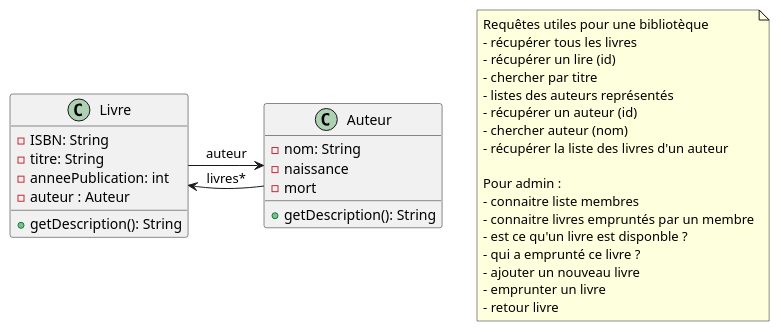
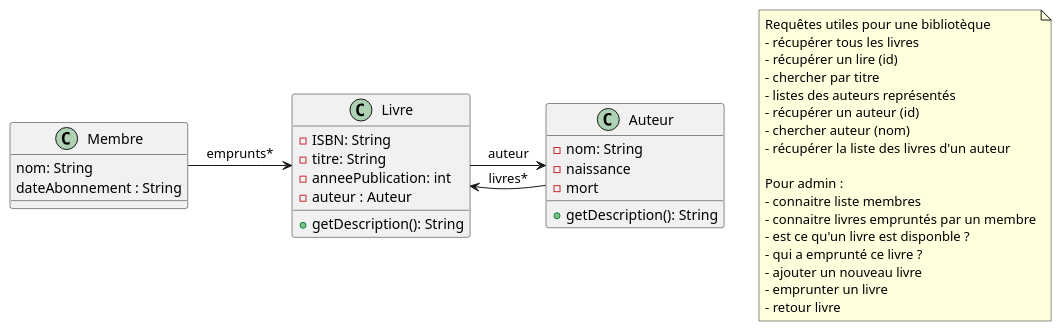
Before and after one commit to florentBourgeois/biblioWeb-25-26: the diagram in doc/1_Classes_Bases.puml, drawn with PlantUML. The commit also changed 1 other file, not shown here.

Commit message:
uml avec membres

```diff
--- a/doc/1_Classes_Bases.puml
+++ b/doc/1_Classes_Bases.puml
@@ -1,28 +1,35 @@
 @startuml
 'https://plantuml.com/sequence-diagram
 
 class Livre {
     - ISBN: String
     - titre: String
     - anneePublication: int
     - auteur : Auteur
 
     + getDescription(): String
 }
 
 class Auteur {
 - nom: String
 - naissance
 - mort
 
 + getDescription(): String
 }
 
+class Membre {
+    nom: String
+    dateAbonnement : String
+}
+
 
 Livre ->  Auteur : auteur
 Auteur -> Livre : livres*
+
+Membre -> Livre : emprunts*
 
 note "Requêtes utiles pour une bibliotèque\n- récupérer tous les livres\n- récupérer un lire (id)\n- chercher par titre\n- listes des auteurs représentés\n- récupérer un auteur (id)\n- chercher auteur (nom)\n- récupérer la liste des livres d'un auteur\n\nPour admin : \n- connaitre liste membres\n- connaitre livres empruntés par un membre\n- est ce qu'un livre est disponble ? \n- qui a emprunté ce livre ?\n- ajouter un nouveau livre\n- emprunter un livre\n- retour livre" as N1
 
 
 @enduml
```
